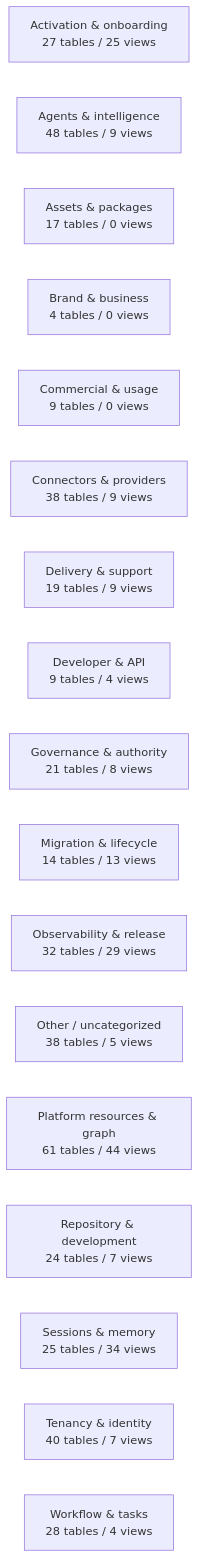
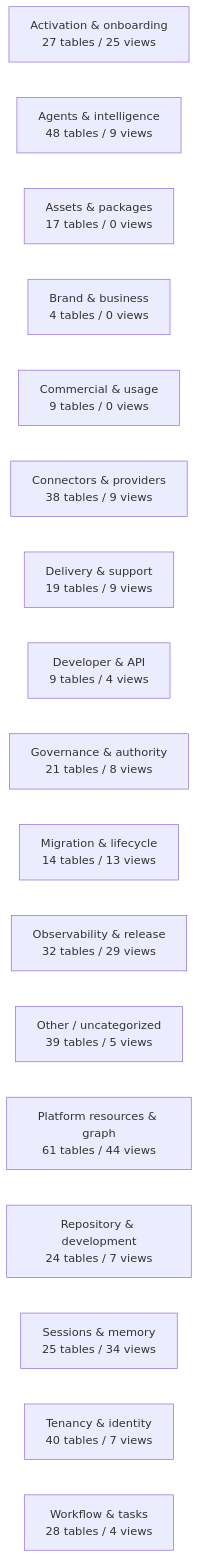
The diagram in docs/work-maps/data-model-domain-map.md (mad4bdigital-ai/multi-business-multi-role-growth-intelligence-os), drawn with Mermaid before and after one commit. The commit also changed other lines of this file and 2 other files, not shown here.

````diff
--- a/docs/work-maps/data-model-domain-map.md
+++ b/docs/work-maps/data-model-domain-map.md
@@ -9,20 +9,20 @@
 ```mermaid
 flowchart LR
   n_Activation___onboarding["Activation & onboarding<br/>27 tables / 25 views"]
   n_Agents___intelligence["Agents & intelligence<br/>48 tables / 9 views"]
   n_Assets___packages["Assets & packages<br/>17 tables / 0 views"]
   n_Brand___business["Brand & business<br/>4 tables / 0 views"]
   n_Commercial___usage["Commercial & usage<br/>9 tables / 0 views"]
   n_Connectors___providers["Connectors & providers<br/>38 tables / 9 views"]
   n_Delivery___support["Delivery & support<br/>19 tables / 9 views"]
   n_Developer___API["Developer & API<br/>9 tables / 4 views"]
   n_Governance___authority["Governance & authority<br/>21 tables / 8 views"]
   n_Migration___lifecycle["Migration & lifecycle<br/>14 tables / 13 views"]
   n_Observability___release["Observability & release<br/>32 tables / 29 views"]
-  n_Other___uncategorized["Other / uncategorized<br/>38 tables / 5 views"]
+  n_Other___uncategorized["Other / uncategorized<br/>39 tables / 5 views"]
   n_Platform_resources___graph["Platform resources & graph<br/>61 tables / 44 views"]
   n_Repository___development["Repository & development<br/>24 tables / 7 views"]
   n_Sessions___memory["Sessions & memory<br/>25 tables / 34 views"]
   n_Tenancy___identity["Tenancy & identity<br/>40 tables / 7 views"]
   n_Workflow___tasks["Workflow & tasks<br/>28 tables / 4 views"]
 ```
````
